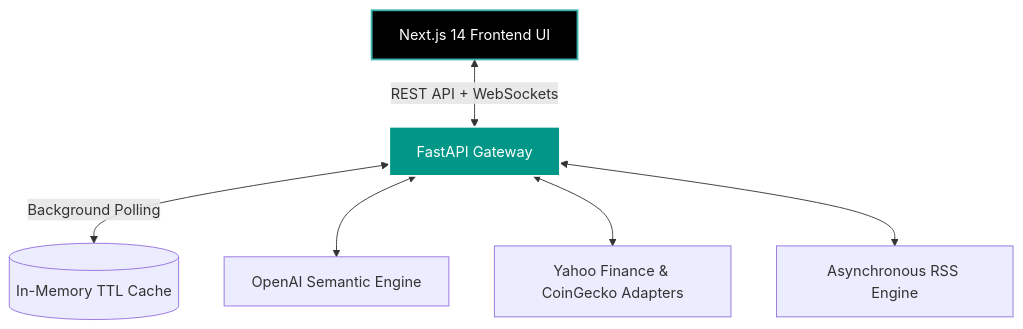
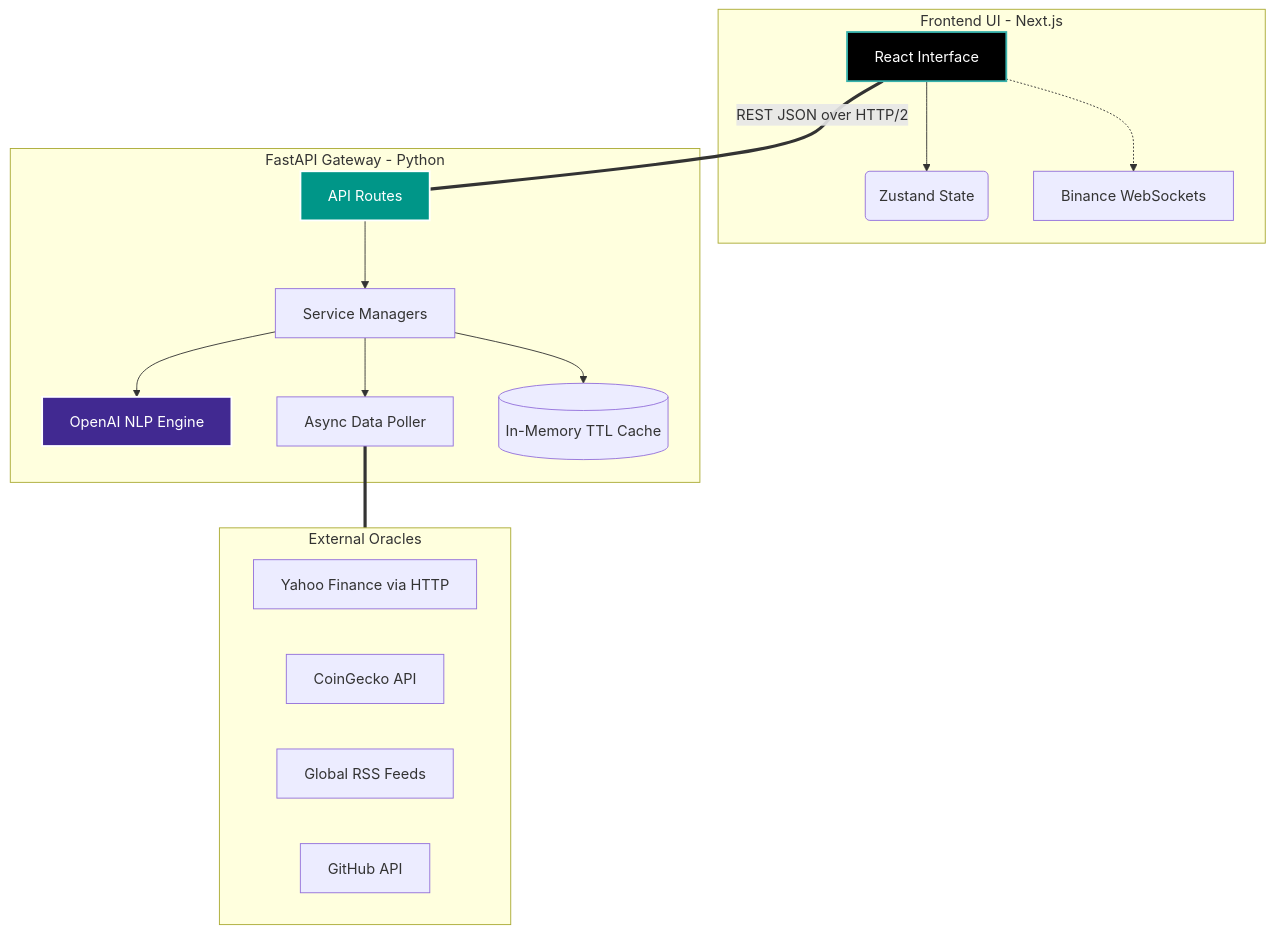
Before and after one commit to Yigtwxx/crypto-stock-lens: the diagram in README.md, drawn with Mermaid. The commit also changed other lines of this file, not shown here.

Commit message:
feat: Implement asset detail modal, enhance community post styling, and update various frontend and backend services.

````diff
--- a/README.md
+++ b/README.md
@@ -65,11 +82,28 @@
 ```mermaid
 graph TD;
-    UI[Next.js 14 Frontend UI] <-->|REST API + WebSockets| API[FastAPI Gateway]
-    API <-->|Background Polling| Cache[(In-Memory TTL Cache)]
-    API <--> LLM[OpenAI Semantic Engine]
-    API <--> Data[Yahoo Finance & CoinGecko Adapters]
-    API <--> Scraper[Asynchronous RSS Engine]
+    subgraph Client [Frontend UI - Next.js]
+    UI[React Interface] --> Zustand(Zustand State)
+    UI -.-> WS_Binance[Binance WebSockets]
+    end
+
+    subgraph API [FastAPI Gateway - Python]
+    Router[API Routes] --> Manager[Service Managers]
+    Manager --> LLM[OpenAI NLP Engine]
+    Manager --> Poller[Async Data Poller]
+    Manager --> Redis[(In-Memory TTL Cache)]
+    end
+
+    subgraph External [External Oracles]
+    Yahoo[Yahoo Finance via HTTP]
+    CG[CoinGecko API]
+    RSS[Global RSS Feeds]
+    GH[GitHub API]
+    end
+
+    UI ===|REST JSON over HTTP/2| Router
+    Poller === External
     
     style UI fill:#000000,stroke:#38B2AC,stroke-width:2px,color:#fff
-    style API fill:#009688,stroke:#fff,stroke-width:2px,color:#fff
+    style Router fill:#009688,stroke:#fff,stroke-width:2px,color:#fff
+    style LLM fill:#412991,stroke:#fff,stroke-width:2px,color:#fff
 ```
````
